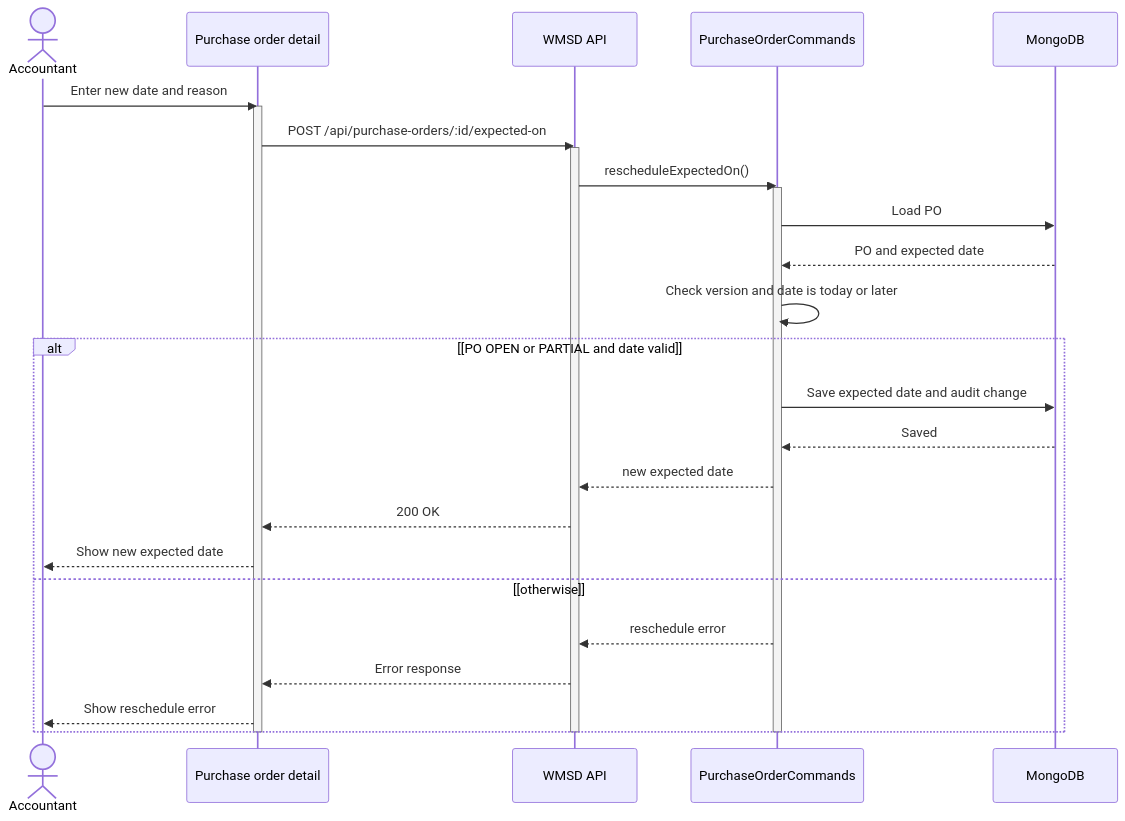
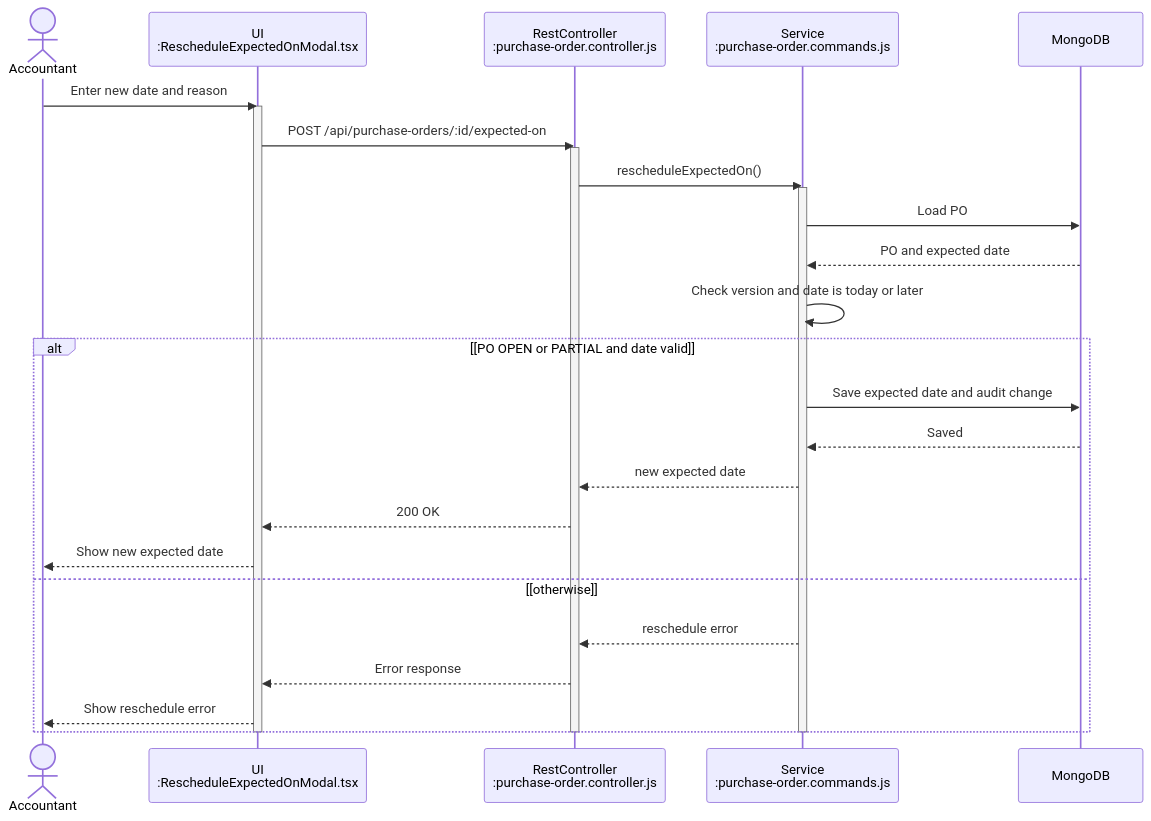
Diagram 12 of 46 in git_doc/docs/01_bao_cao/WMSD_Report4_Draft.md (bupbalabup/wmsd_be), drawn with Mermaid before and after one commit. The commit also changed other lines of this file and 80 other files, not shown here.

First line of the commit message:
feat(purchase): implement core purchase functionalities and validation schemas

````diff
--- a/git_doc/docs/01_bao_cao/WMSD_Report4_Draft.md
+++ b/git_doc/docs/01_bao_cao/WMSD_Report4_Draft.md
@@ -947,31 +943,31 @@
 ```mermaid
 sequenceDiagram
   actor X as Accountant
-  participant U as Purchase order detail
-  participant A as WMSD API
-  participant S as PurchaseOrderCommands
+  participant U as UI<br/>:RescheduleExpectedOnModal.tsx
+  participant A as RestController<br/>:purchase-order.controller.js
+  participant S as Service<br/>:purchase-order.commands.js
   participant D as MongoDB
   X->>U: Enter new date and reason
   activate U
   U->>A: POST /api/purchase-orders/:id/expected-on
   activate A
   A->>S: rescheduleExpectedOn()
   activate S
   S->>D: Load PO
   D-->>S: PO and expected date
   S->>S: Check version and date is today or later
   alt [PO OPEN or PARTIAL and date valid]
     S->>D: Save expected date and audit change
     D-->>S: Saved
     S-->>A: new expected date
     A-->>U: 200 OK
     U-->>X: Show new expected date
   else [otherwise]
     S-->>A: reschedule error
     A-->>U: Error response
     U-->>X: Show reschedule error
   end
   deactivate S
   deactivate A
   deactivate U
 ```
````
